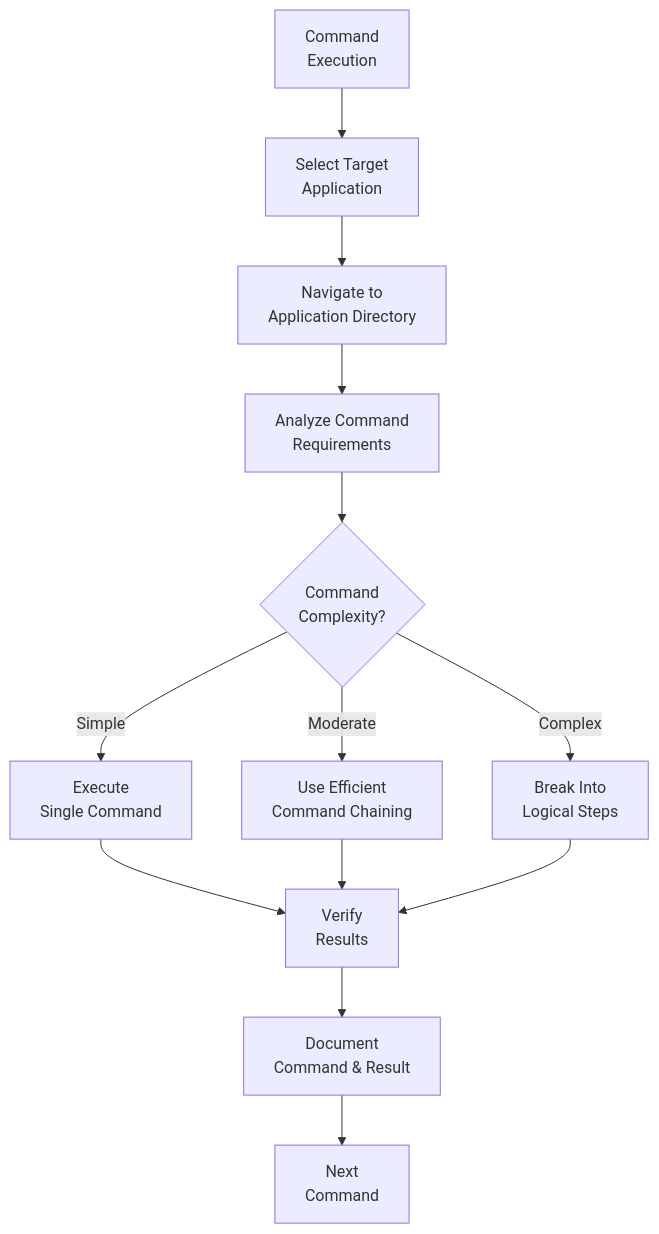
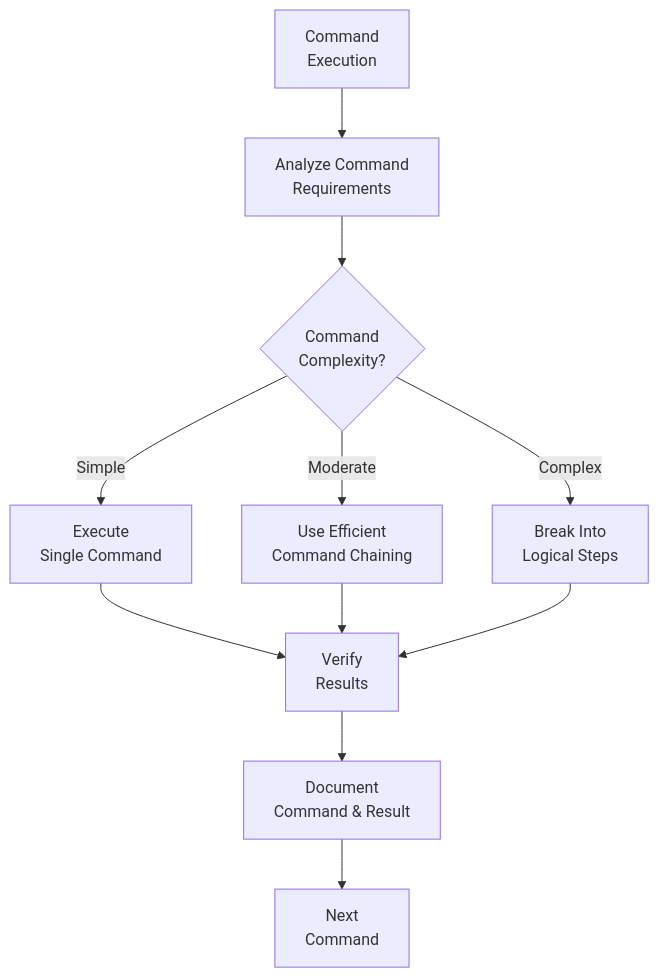
The fourth of 5 diagrams in .cursor/rules/isolation_rules/visual-maps/implement-mode-map.mdc (taddyorg/inkverse), drawn with Mermaid before and after one commit. The commit also changed other lines of this file and 19 other files, not shown here.

````diff
--- a/.cursor/rules/isolation_rules/visual-maps/implement-mode-map.mdc
+++ b/.cursor/rules/isolation_rules/visual-maps/implement-mode-map.mdc
@@ -196,15 +148,13 @@
 ```mermaid
 graph TD
-    Start["Command<br>Execution"] --> AppSelect["Select Target<br>Application"]
-    AppSelect --> NavApp["Navigate to<br>Application Directory"]
-    NavApp --> Analyze["Analyze Command<br>Requirements"]
+    Start["Command<br>Execution"] --> Analyze["Analyze Command<br>Requirements"]
     Analyze --> Complexity{"Command<br>Complexity?"}
     
     Complexity -->|"Simple"| Simple["Execute<br>Single Command"]
     Complexity -->|"Moderate"| Chain["Use Efficient<br>Command Chaining"]
     Complexity -->|"Complex"| Break["Break Into<br>Logical Steps"]
     
     Simple & Chain & Break --> Verify["Verify<br>Results"]
     Verify --> Document["Document<br>Command & Result"]
     Document --> Next["Next<br>Command"]
 ```
````
